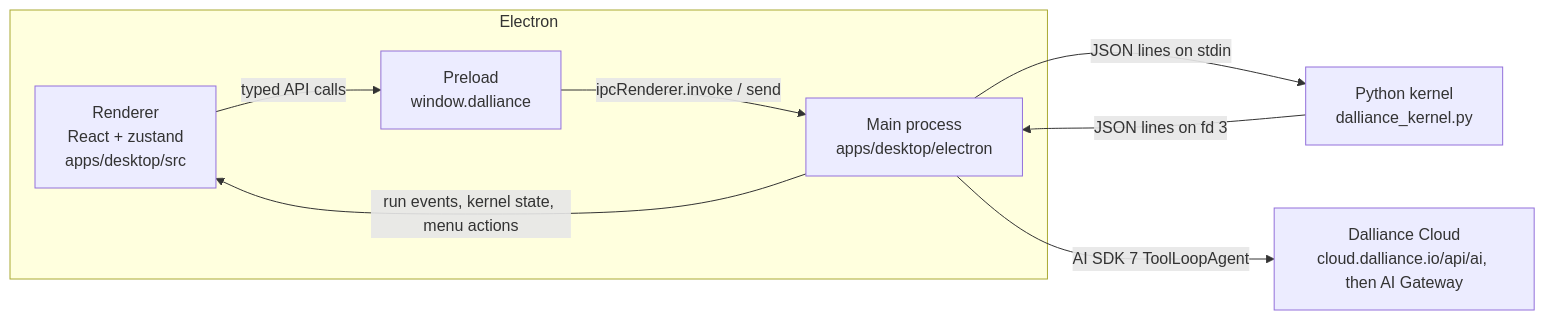
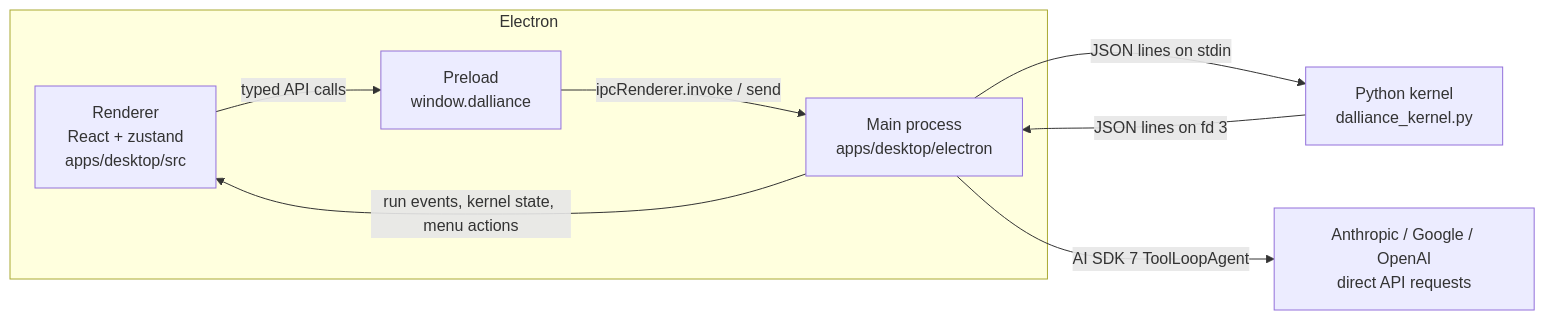
One commit to amirhesham65/dalliance changed the first of 2 diagrams in docs/architecture.md. Above: the diagram before and after it, drawn with Mermaid. The commit also changed other lines of this file and 203 other files, not shown here.

Commit message:
Replace Dalliance Cloud with BYOK and restore Apache 2.0

````diff
--- a/docs/architecture.md
+++ b/docs/architecture.md
@@ -5,17 +5,17 @@
 ```mermaid
 flowchart LR
   subgraph Electron
     R["Renderer<br/>React + zustand<br/>apps/desktop/src"]
     P["Preload<br/>window.dalliance"]
     M["Main process<br/>apps/desktop/electron"]
   end
   K["Python kernel<br/>dalliance_kernel.py"]
-  AI["Dalliance Cloud<br/>cloud.dalliance.io/api/ai, then AI Gateway"]
+  AI["Anthropic / Google / OpenAI<br/>direct API requests"]
 
   R -- "typed API calls" --> P
   P -- "ipcRenderer.invoke / send" --> M
   M -- "run events, kernel state, menu actions" --> R
   M -- "JSON lines on stdin" --> K
   K -- "JSON lines on fd 3" --> M
   M -- "AI SDK 7 ToolLoopAgent" --> AI
 ```
````
